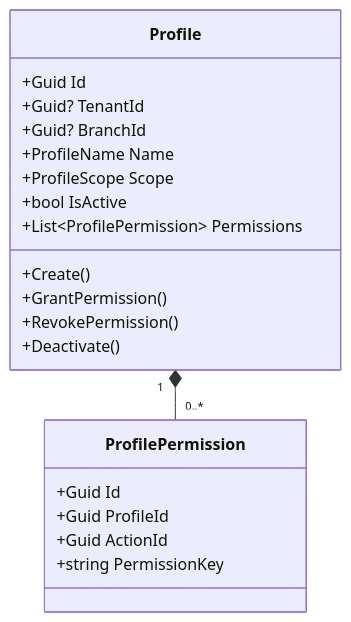
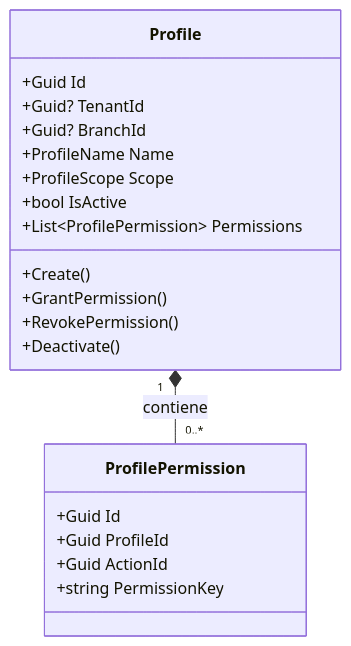
Before and after one commit to beyondnetcode/ums: the first of 4 diagrams in docs/domain-es/authorization/profile.md, drawn with Mermaid. The commit also changed other lines of this file and 19 other files, not shown here.

````diff
--- a/docs/domain-es/authorization/profile.md
+++ b/docs/domain-es/authorization/profile.md
@@ -68,23 +98,24 @@
 ```mermaid
 classDiagram
+    direction TB
     class Profile {
         +Guid Id
         +Guid? TenantId
         +Guid? BranchId
         +ProfileName Name
         +ProfileScope Scope
         +bool IsActive
         +List~ProfilePermission~ Permissions
         +Create()
         +GrantPermission()
         +RevokePermission()
         +Deactivate()
     }
     class ProfilePermission {
         +Guid Id
         +Guid ProfileId
         +Guid ActionId
         +string PermissionKey
     }
-    Profile "1" *-- "0..*" ProfilePermission
+    Profile "1" *-- "0..*" ProfilePermission : contiene
 ```
````
